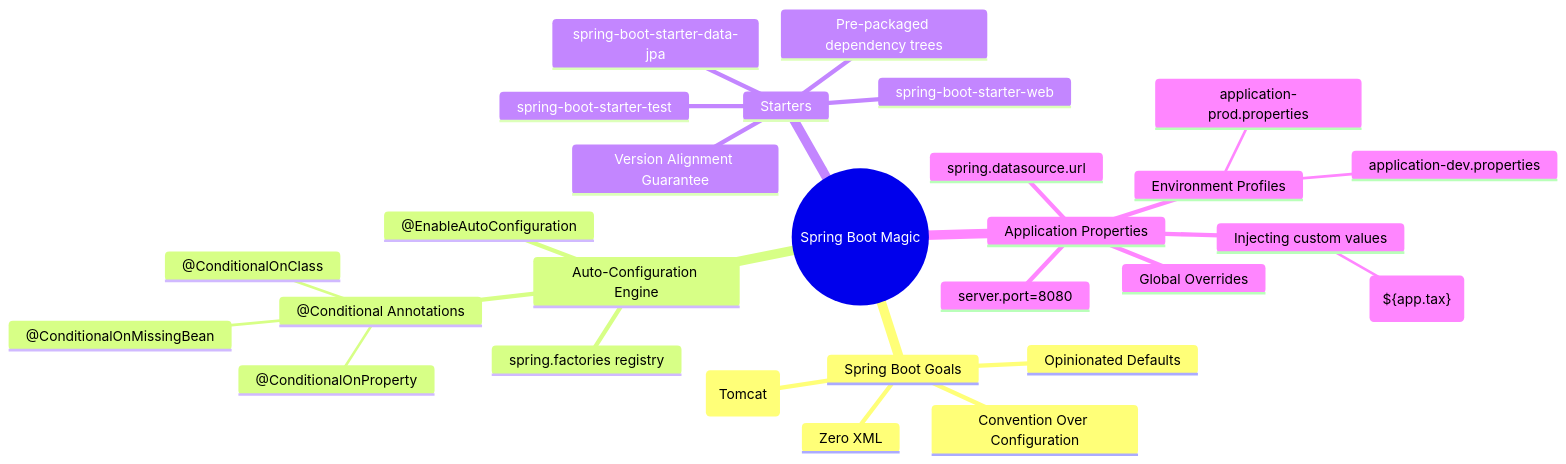
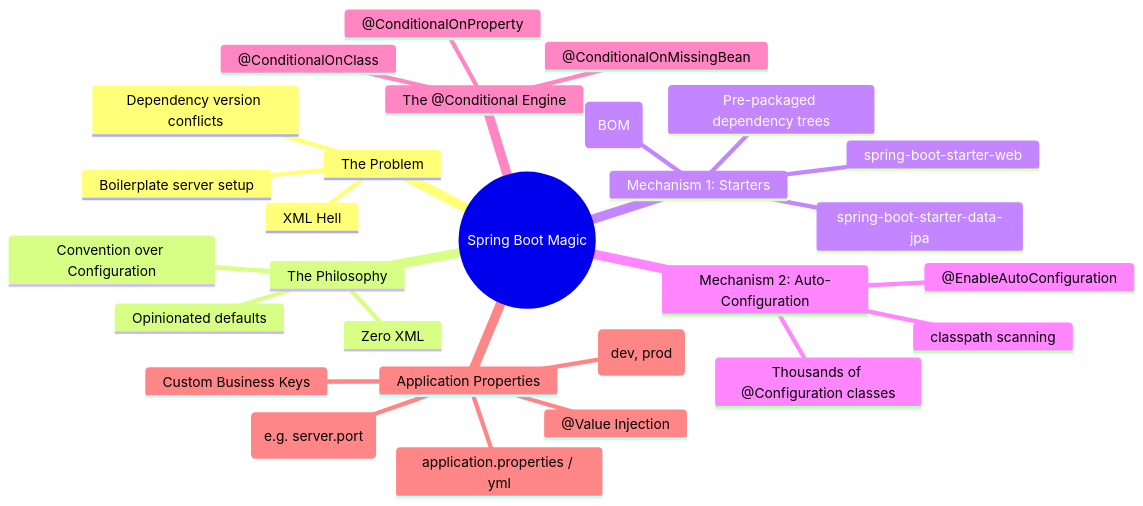
Before and after one commit to sivanagaraju/java_springboot: the diagram in 01-spring-boot-architecture/02-spring-boot-magic/MINDMAP.md, drawn with Mermaid. The commit also changed other lines of this file and 25 other files, not shown here.

Commit message:
feat: Introduce a comprehensive learning module for Spring Boot architecture, covering Inversion of Control, auto-configuration, and starters with accompanying code examples.

````diff
--- a/01-spring-boot-architecture/02-spring-boot-magic/MINDMAP.md
+++ b/01-spring-boot-architecture/02-spring-boot-magic/MINDMAP.md
@@ -1,31 +3,31 @@
 ```mermaid
 mindmap
   root((Spring Boot Magic))
-    Spring Boot Goals
-      Convention Over Configuration
+    The Problem
+      XML Hell
+      Dependency version conflicts
+      Boilerplate server setup
+    The Philosophy
+      Convention over Configuration
+      Opinionated defaults
       Zero XML
-      Opinionated Defaults
-      Embedded Servers (Tomcat)
-    Auto-Configuration Engine
-      @EnableAutoConfiguration
-      @Conditional Annotations
-        @ConditionalOnClass
-        @ConditionalOnMissingBean
-        @ConditionalOnProperty
-      spring.factories registry
-    Starters
+    Mechanism 1: Starters
       Pre-packaged dependency trees
       spring-boot-starter-web
       spring-boot-starter-data-jpa
-      spring-boot-starter-test
-      Version Alignment Guarantee
+      No Version Clashes (BOM)
+    Mechanism 2: Auto-Configuration
+      Thousands of @Configuration classes
+      classpath scanning
+      @EnableAutoConfiguration
+    The @Conditional Engine
+      @ConditionalOnClass
+      @ConditionalOnMissingBean
+      @ConditionalOnProperty
     Application Properties
-      Global Overrides
-      server.port=8080
-      spring.datasource.url
-      Injecting custom values
-        @Value("${app.tax}")
-      Environment Profiles
-        application-dev.properties
-        application-prod.properties
+      application.properties / yml
+      Overriding Boot defaults (e.g. server.port)
+      Custom Business Keys
+      @Value Injection
+      Profile-specific (dev, prod)
 ```
````
